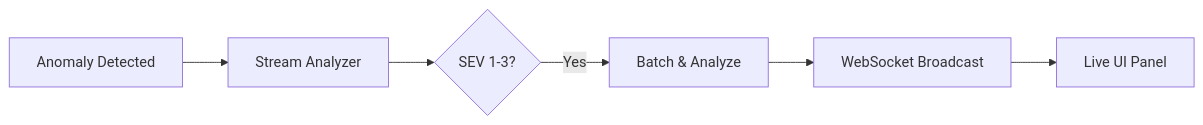
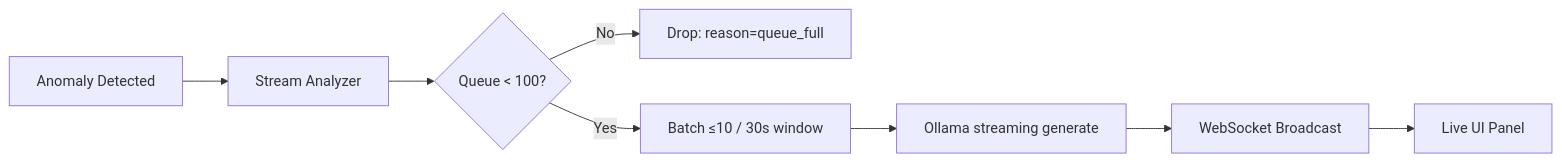
One commit to MoebiusX/Krystaline changed the first of 2 diagrams in docs/observability/03_LLM_MONITORING_SETUP.md. Above: the diagram before and after it, drawn with Mermaid. The commit also changed other lines of this file and 30 other files, not shown here.

````diff
--- a/docs/observability/03_LLM_MONITORING_SETUP.md
+++ b/docs/observability/03_LLM_MONITORING_SETUP.md
@@ -15,8 +27,10 @@
 ```mermaid
 flowchart LR
     A[Anomaly Detected] --> B[Stream Analyzer]
-    B --> C{SEV 1-3?}
-    C -->|Yes| D[Batch & Analyze]
-    D --> E[WebSocket Broadcast]
-    E --> F[Live UI Panel]
+    B --> C{Queue < 100?}
+    C -->|No| X[Drop: reason=queue_full]
+    C -->|Yes| D[Batch ≤10 / 30s window]
+    D --> E[Ollama streaming generate]
+    E --> F[WebSocket Broadcast]
+    F --> G[Live UI Panel]
 ```
````
